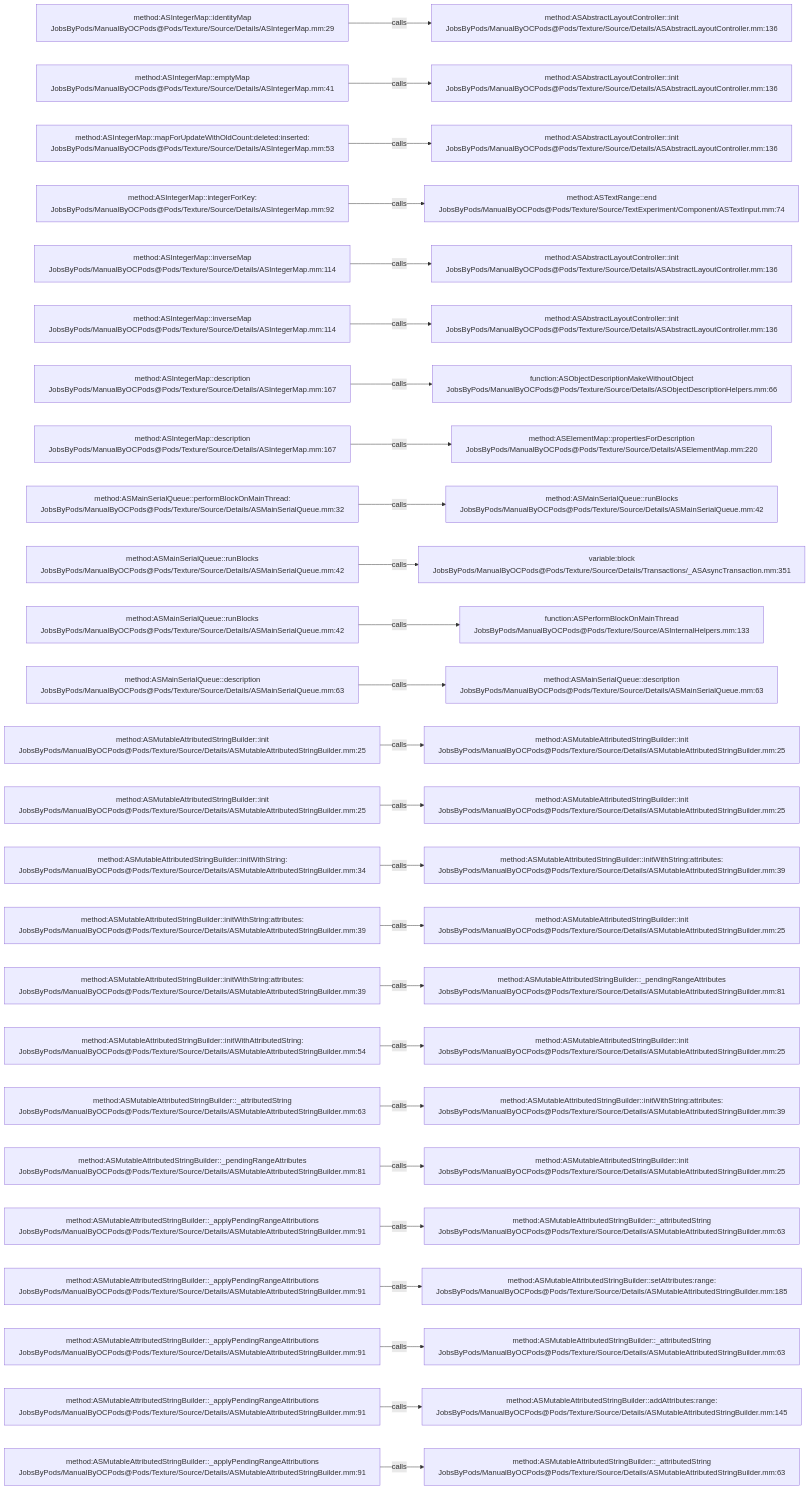
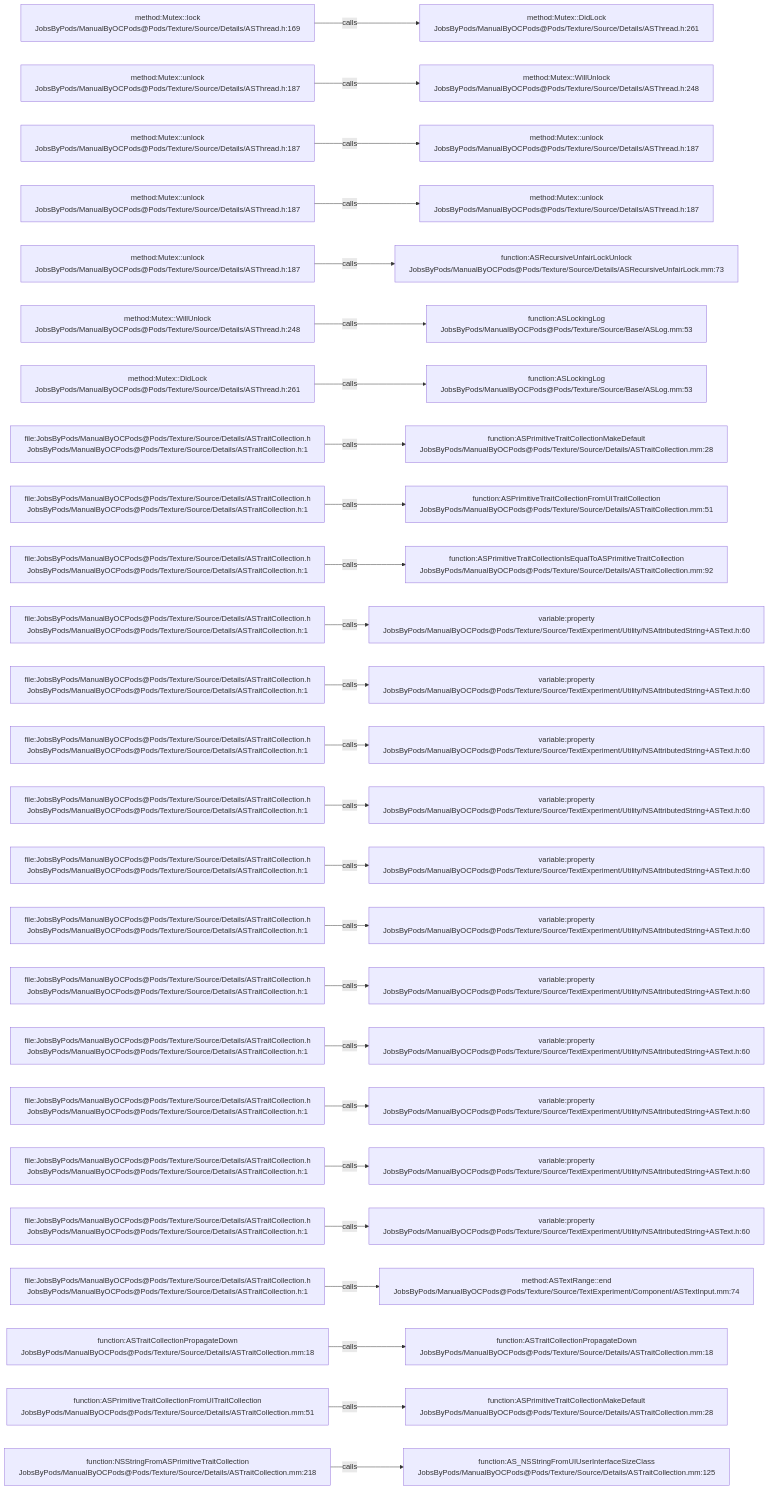
One commit to JobsKits/JobsOCBaseConfigDemo changed the diagram in .codegraph/codegraph.md/graphs/calls-150.md. Above: the diagram before and after it, drawn with Mermaid. The commit also changed 2723 other files, not shown here.

````diff
--- a/.codegraph/codegraph.md/graphs/calls-150.md
+++ b/.codegraph/codegraph.md/graphs/calls-150.md
@@ -13,78 +13,78 @@
 ```mermaid
 flowchart LR
-  S1["method:ASIntegerMap::identityMap<br/>JobsByPods/ManualByOCPods@Pods/Texture/Source/Details/ASIntegerMap.mm:29"]
-  T1["method:ASAbstractLayoutController::init<br/>JobsByPods/ManualByOCPods@Pods/Texture/Source/Details/ASAbstractLayoutController.mm:136"]
+  S1["method:Mutex::lock<br/>JobsByPods/ManualByOCPods@Pods/Texture/Source/Details/ASThread.h:169"]
+  T1["method:Mutex::DidLock<br/>JobsByPods/ManualByOCPods@Pods/Texture/Source/Details/ASThread.h:261"]
   S1 -->|calls| T1
-  S2["method:ASIntegerMap::emptyMap<br/>JobsByPods/ManualByOCPods@Pods/Texture/Source/Details/ASIntegerMap.mm:41"]
-  T2["method:ASAbstractLayoutController::init<br/>JobsByPods/ManualByOCPods@Pods/Texture/Source/Details/ASAbstractLayoutController.mm:136"]
+  S2["method:Mutex::unlock<br/>JobsByPods/ManualByOCPods@Pods/Texture/Source/Details/ASThread.h:187"]
+  T2["method:Mutex::WillUnlock<br/>JobsByPods/ManualByOCPods@Pods/Texture/Source/Details/ASThread.h:248"]
   S2 -->|calls| T2
-  S3["method:ASIntegerMap::mapForUpdateWithOldCount:deleted:inserted:<br/>JobsByPods/ManualByOCPods@Pods/Texture/Source/Details/ASIntegerMap.mm:53"]
-  T3["method:ASAbstractLayoutController::init<br/>JobsByPods/ManualByOCPods@Pods/Texture/Source/Details/ASAbstractLayoutController.mm:136"]
+  S3["method:Mutex::unlock<br/>JobsByPods/ManualByOCPods@Pods/Texture/Source/Details/ASThread.h:187"]
+  T3["method:Mutex::unlock<br/>JobsByPods/ManualByOCPods@Pods/Texture/Source/Details/ASThread.h:187"]
   S3 -->|calls| T3
-  S4["method:ASIntegerMap::integerForKey:<br/>JobsByPods/ManualByOCPods@Pods/Texture/Source/Details/ASIntegerMap.mm:92"]
-  T4["method:ASTextRange::end<br/>JobsByPods/ManualByOCPods@Pods/Texture/Source/TextExperiment/Component/ASTextInput.mm:74"]
+  S4["method:Mutex::unlock<br/>JobsByPods/ManualByOCPods@Pods/Texture/Source/Details/ASThread.h:187"]
+  T4["method:Mutex::unlock<br/>JobsByPods/ManualByOCPods@Pods/Texture/Source/Details/ASThread.h:187"]
   S4 -->|calls| T4
-  S5["method:ASIntegerMap::inverseMap<br/>JobsByPods/ManualByOCPods@Pods/Texture/Source/Details/ASIntegerMap.mm:114"]
-  T5["method:ASAbstractLayoutController::init<br/>JobsByPods/ManualByOCPods@Pods/Texture/Source/Details/ASAbstractLayoutController.mm:136"]
+  S5["method:Mutex::unlock<br/>JobsByPods/ManualByOCPods@Pods/Texture/Source/Details/ASThread.h:187"]
+  T5["function:ASRecursiveUnfairLockUnlock<br/>JobsByPods/ManualByOCPods@Pods/Texture/Source/Details/ASRecursiveUnfairLock.mm:73"]
   S5 -->|calls| T5
-  S6["method:ASIntegerMap::inverseMap<br/>JobsByPods/ManualByOCPods@Pods/Texture/Source/Details/ASIntegerMap.mm:114"]
-  T6["method:ASAbstractLayoutController::init<br/>JobsByPods/ManualByOCPods@Pods/Texture/Source/Details/ASAbstractLayoutController.mm:136"]
+  S6["method:Mutex::WillUnlock<br/>JobsByPods/ManualByOCPods@Pods/Texture/Source/Details/ASThread.h:248"]
+  T6["function:ASLockingLog<br/>JobsByPods/ManualByOCPods@Pods/Texture/Source/Base/ASLog.mm:53"]
   S6 -->|calls| T6
-  S7["method:ASIntegerMap::description<br/>JobsByPods/ManualByOCPods@Pods/Texture/Source/Details/ASIntegerMap.mm:167"]
-  T7["function:ASObjectDescriptionMakeWithoutObject<br/>JobsByPods/ManualByOCPods@Pods/Texture/Source/Details/ASObjectDescriptionHelpers.mm:66"]
+  S7["method:Mutex::DidLock<br/>JobsByPods/ManualByOCPods@Pods/Texture/Source/Details/ASThread.h:261"]
+  T7["function:ASLockingLog<br/>JobsByPods/ManualByOCPods@Pods/Texture/Source/Base/ASLog.mm:53"]
   S7 -->|calls| T7
-  S8["method:ASIntegerMap::description<br/>JobsByPods/ManualByOCPods@Pods/Texture/Source/Details/ASIntegerMap.mm:167"]
-  T8["method:ASElementMap::propertiesForDescription<br/>JobsByPods/ManualByOCPods@Pods/Texture/Source/Details/ASElementMap.mm:220"]
+  S8["file:JobsByPods/ManualByOCPods@Pods/Texture/Source/Details/ASTraitCollection.h<br/>JobsByPods/ManualByOCPods@Pods/Texture/Source/Details/ASTraitCollection.h:1"]
+  T8["function:ASPrimitiveTraitCollectionMakeDefault<br/>JobsByPods/ManualByOCPods@Pods/Texture/Source/Details/ASTraitCollection.mm:28"]
   S8 -->|calls| T8
-  S9["method:ASMainSerialQueue::performBlockOnMainThread:<br/>JobsByPods/ManualByOCPods@Pods/Texture/Source/Details/ASMainSerialQueue.mm:32"]
-  T9["method:ASMainSerialQueue::runBlocks<br/>JobsByPods/ManualByOCPods@Pods/Texture/Source/Details/ASMainSerialQueue.mm:42"]
+  S9["file:JobsByPods/ManualByOCPods@Pods/Texture/Source/Details/ASTraitCollection.h<br/>JobsByPods/ManualByOCPods@Pods/Texture/Source/Details/ASTraitCollection.h:1"]
+  T9["function:ASPrimitiveTraitCollectionFromUITraitCollection<br/>JobsByPods/ManualByOCPods@Pods/Texture/Source/Details/ASTraitCollection.mm:51"]
   S9 -->|calls| T9
-  S10["method:ASMainSerialQueue::runBlocks<br/>JobsByPods/ManualByOCPods@Pods/Texture/Source/Details/ASMainSerialQueue.mm:42"]
-  T10["variable:block<br/>JobsByPods/ManualByOCPods@Pods/Texture/Source/Details/Transactions/_ASAsyncTransaction.mm:351"]
+  S10["file:JobsByPods/ManualByOCPods@Pods/Texture/Source/Details/ASTraitCollection.h<br/>JobsByPods/ManualByOCPods@Pods/Texture/Source/Details/ASTraitCollection.h:1"]
+  T10["function:ASPrimitiveTraitCollectionIsEqualToASPrimitiveTraitCollection<br/>JobsByPods/ManualByOCPods@Pods/Texture/Source/Details/ASTraitCollection.mm:92"]
   S10 -->|calls| T10
-  S11["method:ASMainSerialQueue::runBlocks<br/>JobsByPods/ManualByOCPods@Pods/Texture/Source/Details/ASMainSerialQueue.mm:42"]
-  T11["function:ASPerformBlockOnMainThread<br/>JobsByPods/ManualByOCPods@Pods/Texture/Source/ASInternalHelpers.mm:133"]
+  S11["file:JobsByPods/ManualByOCPods@Pods/Texture/Source/Details/ASTraitCollection.h<br/>JobsByPods/ManualByOCPods@Pods/Texture/Source/Details/ASTraitCollection.h:1"]
+  T11["variable:property<br/>JobsByPods/ManualByOCPods@Pods/Texture/Source/TextExperiment/Utility/NSAttributedString+ASText.h:60"]
   S11 -->|calls| T11
-  S12["method:ASMainSerialQueue::description<br/>JobsByPods/ManualByOCPods@Pods/Texture/Source/Details/ASMainSerialQueue.mm:63"]
-  T12["method:ASMainSerialQueue::description<br/>JobsByPods/ManualByOCPods@Pods/Texture/Source/Details/ASMainSerialQueue.mm:63"]
+  S12["file:JobsByPods/ManualByOCPods@Pods/Texture/Source/Details/ASTraitCollection.h<br/>JobsByPods/ManualByOCPods@Pods/Texture/Source/Details/ASTraitCollection.h:1"]
+  T12["variable:property<br/>JobsByPods/ManualByOCPods@Pods/Texture/Source/TextExperiment/Utility/NSAttributedString+ASText.h:60"]
   S12 -->|calls| T12
-  S13["method:ASMutableAttributedStringBuilder::init<br/>JobsByPods/ManualByOCPods@Pods/Texture/Source/Details/ASMutableAttributedStringBuilder.mm:25"]
-  T13["method:ASMutableAttributedStringBuilder::init<br/>JobsByPods/ManualByOCPods@Pods/Texture/Source/Details/ASMutableAttributedStringBuilder.mm:25"]
+  S13["file:JobsByPods/ManualByOCPods@Pods/Texture/Source/Details/ASTraitCollection.h<br/>JobsByPods/ManualByOCPods@Pods/Texture/Source/Details/ASTraitCollection.h:1"]
+  T13["variable:property<br/>JobsByPods/ManualByOCPods@Pods/Texture/Source/TextExperiment/Utility/NSAttributedString+ASText.h:60"]
   S13 -->|calls| T13
-  S14["method:ASMutableAttributedStringBuilder::init<br/>JobsByPods/ManualByOCPods@Pods/Texture/Source/Details/ASMutableAttributedStringBuilder.mm:25"]
-  T14["method:ASMutableAttributedStringBuilder::init<br/>JobsByPods/ManualByOCPods@Pods/Texture/Source/Details/ASMutableAttributedStringBuilder.mm:25"]
+  S14["file:JobsByPods/ManualByOCPods@Pods/Texture/Source/Details/ASTraitCollection.h<br/>JobsByPods/ManualByOCPods@Pods/Texture/Source/Details/ASTraitCollection.h:1"]
+  T14["variable:property<br/>JobsByPods/ManualByOCPods@Pods/Texture/Source/TextExperiment/Utility/NSAttributedString+ASText.h:60"]
   S14 -->|calls| T14
-  S15["method:ASMutableAttributedStringBuilder::initWithString:<br/>JobsByPods/ManualByOCPods@Pods/Texture/Source/Details/ASMutableAttributedStringBuilder.mm:34"]
-  T15["method:ASMutableAttributedStringBuilder::initWithString:attributes:<br/>JobsByPods/ManualByOCPods@Pods/Texture/Source/Details/ASMutableAttributedStringBuilder.mm:39"]
+  S15["file:JobsByPods/ManualByOCPods@Pods/Texture/Source/Details/ASTraitCollection.h<br/>JobsByPods/ManualByOCPods@Pods/Texture/Source/Details/ASTraitCollection.h:1"]
+  T15["variable:property<br/>JobsByPods/ManualByOCPods@Pods/Texture/Source/TextExperiment/Utility/NSAttributedString+ASText.h:60"]
   S15 -->|calls| T15
-  S16["method:ASMutableAttributedStringBuilder::initWithString:attributes:<br/>JobsByPods/ManualByOCPods@Pods/Texture/Source/Details/ASMutableAttributedStringBuilder.mm:39"]
-  T16["method:ASMutableAttributedStringBuilder::init<br/>JobsByPods/ManualByOCPods@Pods/Texture/Source/Details/ASMutableAttributedStringBuilder.mm:25"]
+  S16["file:JobsByPods/ManualByOCPods@Pods/Texture/Source/Details/ASTraitCollection.h<br/>JobsByPods/ManualByOCPods@Pods/Texture/Source/Details/ASTraitCollection.h:1"]
+  T16["variable:property<br/>JobsByPods/ManualByOCPods@Pods/Texture/Source/TextExperiment/Utility/NSAttributedString+ASText.h:60"]
   S16 -->|calls| T16
-  S17["method:ASMutableAttributedStringBuilder::initWithString:attributes:<br/>JobsByPods/ManualByOCPods@Pods/Texture/Source/Details/ASMutableAttributedStringBuilder.mm:39"]
-  T17["method:ASMutableAttributedStringBuilder::_pendingRangeAttributes<br/>JobsByPods/ManualByOCPods@Pods/Texture/Source/Details/ASMutableAttributedStringBuilder.mm:81"]
+  S17["file:JobsByPods/ManualByOCPods@Pods/Texture/Source/Details/ASTraitCollection.h<br/>JobsByPods/ManualByOCPods@Pods/Texture/Source/Details/ASTraitCollection.h:1"]
+  T17["variable:property<br/>JobsByPods/ManualByOCPods@Pods/Texture/Source/TextExperiment/Utility/NSAttributedString+ASText.h:60"]
   S17 -->|calls| T17
-  S18["method:ASMutableAttributedStringBuilder::initWithAttributedString:<br/>JobsByPods/ManualByOCPods@Pods/Texture/Source/Details/ASMutableAttributedStringBuilder.mm:54"]
-  T18["method:ASMutableAttributedStringBuilder::init<br/>JobsByPods/ManualByOCPods@Pods/Texture/Source/Details/ASMutableAttributedStringBuilder.mm:25"]
+  S18["file:JobsByPods/ManualByOCPods@Pods/Texture/Source/Details/ASTraitCollection.h<br/>JobsByPods/ManualByOCPods@Pods/Texture/Source/Details/ASTraitCollection.h:1"]
+  T18["variable:property<br/>JobsByPods/ManualByOCPods@Pods/Texture/Source/TextExperiment/Utility/NSAttributedString+ASText.h:60"]
   S18 -->|calls| T18
-  S19["method:ASMutableAttributedStringBuilder::_attributedString<br/>JobsByPods/ManualByOCPods@Pods/Texture/Source/Details/ASMutableAttributedStringBuilder.mm:63"]
-  T19["method:ASMutableAttributedStringBuilder::initWithString:attributes:<br/>JobsByPods/ManualByOCPods@Pods/Texture/Source/Details/ASMutableAttributedStringBuilder.mm:39"]
+  S19["file:JobsByPods/ManualByOCPods@Pods/Texture/Source/Details/ASTraitCollection.h<br/>JobsByPods/ManualByOCPods@Pods/Texture/Source/Details/ASTraitCollection.h:1"]
+  T19["variable:property<br/>JobsByPods/ManualByOCPods@Pods/Texture/Source/TextExperiment/Utility/NSAttributedString+ASText.h:60"]
   S19 -->|calls| T19
-  S20["method:ASMutableAttributedStringBuilder::_pendingRangeAttributes<br/>JobsByPods/ManualByOCPods@Pods/Texture/Source/Details/ASMutableAttributedStringBuilder.mm:81"]
-  T20["method:ASMutableAttributedStringBuilder::init<br/>JobsByPods/ManualByOCPods@Pods/Texture/Source/Details/ASMutableAttributedStringBuilder.mm:25"]
+  S20["file:JobsByPods/ManualByOCPods@Pods/Texture/Source/Details/ASTraitCollection.h<br/>JobsByPods/ManualByOCPods@Pods/Texture/Source/Details/ASTraitCollection.h:1"]
+  T20["variable:property<br/>JobsByPods/ManualByOCPods@Pods/Texture/Source/TextExperiment/Utility/NSAttributedString+ASText.h:60"]
   S20 -->|calls| T20
-  S21["method:ASMutableAttributedStringBuilder::_applyPendingRangeAttributions<br/>JobsByPods/ManualByOCPods@Pods/Texture/Source/Details/ASMutableAttributedStringBuilder.mm:91"]
-  T21["method:ASMutableAttributedStringBuilder::_attributedString<br/>JobsByPods/ManualByOCPods@Pods/Texture/Source/Details/ASMutableAttributedStringBuilder.mm:63"]
+  S21["file:JobsByPods/ManualByOCPods@Pods/Texture/Source/Details/ASTraitCollection.h<br/>JobsByPods/ManualByOCPods@Pods/Texture/Source/Details/ASTraitCollection.h:1"]
+  T21["variable:property<br/>JobsByPods/ManualByOCPods@Pods/Texture/Source/TextExperiment/Utility/NSAttributedString+ASText.h:60"]
   S21 -->|calls| T21
-  S22["method:ASMutableAttributedStringBuilder::_applyPendingRangeAttributions<br/>JobsByPods/ManualByOCPods@Pods/Texture/Source/Details/ASMutableAttributedStringBuilder.mm:91"]
-  T22["method:ASMutableAttributedStringBuilder::setAttributes:range:<br/>JobsByPods/ManualByOCPods@Pods/Texture/Source/Details/ASMutableAttributedStringBuilder.mm:185"]
+  S22["file:JobsByPods/ManualByOCPods@Pods/Texture/Source/Details/ASTraitCollection.h<br/>JobsByPods/ManualByOCPods@Pods/Texture/Source/Details/ASTraitCollection.h:1"]
+  T22["method:ASTextRange::end<br/>JobsByPods/ManualByOCPods@Pods/Texture/Source/TextExperiment/Component/ASTextInput.mm:74"]
   S22 -->|calls| T22
-  S23["method:ASMutableAttributedStringBuilder::_applyPendingRangeAttributions<br/>JobsByPods/ManualByOCPods@Pods/Texture/Source/Details/ASMutableAttributedStringBuilder.mm:91"]
-  T23["method:ASMutableAttributedStringBuilder::_attributedString<br/>JobsByPods/ManualByOCPods@Pods/Texture/Source/Details/ASMutableAttributedStringBuilder.mm:63"]
+  S23["function:ASTraitCollectionPropagateDown<br/>JobsByPods/ManualByOCPods@Pods/Texture/Source/Details/ASTraitCollection.mm:18"]
+  T23["function:ASTraitCollectionPropagateDown<br/>JobsByPods/ManualByOCPods@Pods/Texture/Source/Details/ASTraitCollection.mm:18"]
   S23 -->|calls| T23
-  S24["method:ASMutableAttributedStringBuilder::_applyPendingRangeAttributions<br/>JobsByPods/ManualByOCPods@Pods/Texture/Source/Details/ASMutableAttributedStringBuilder.mm:91"]
-  T24["method:ASMutableAttributedStringBuilder::addAttributes:range:<br/>JobsByPods/ManualByOCPods@Pods/Texture/Source/Details/ASMutableAttributedStringBuilder.mm:145"]
+  S24["function:ASPrimitiveTraitCollectionFromUITraitCollection<br/>JobsByPods/ManualByOCPods@Pods/Texture/Source/Details/ASTraitCollection.mm:51"]
+  T24["function:ASPrimitiveTraitCollectionMakeDefault<br/>JobsByPods/ManualByOCPods@Pods/Texture/Source/Details/ASTraitCollection.mm:28"]
   S24 -->|calls| T24
-  S25["method:ASMutableAttributedStringBuilder::_applyPendingRangeAttributions<br/>JobsByPods/ManualByOCPods@Pods/Texture/Source/Details/ASMutableAttributedStringBuilder.mm:91"]
-  T25["method:ASMutableAttributedStringBuilder::_attributedString<br/>JobsByPods/ManualByOCPods@Pods/Texture/Source/Details/ASMutableAttributedStringBuilder.mm:63"]
+  S25["function:NSStringFromASPrimitiveTraitCollection<br/>JobsByPods/ManualByOCPods@Pods/Texture/Source/Details/ASTraitCollection.mm:218"]
+  T25["function:AS_NSStringFromUIUserInterfaceSizeClass<br/>JobsByPods/ManualByOCPods@Pods/Texture/Source/Details/ASTraitCollection.mm:125"]
   S25 -->|calls| T25
 ```
````
